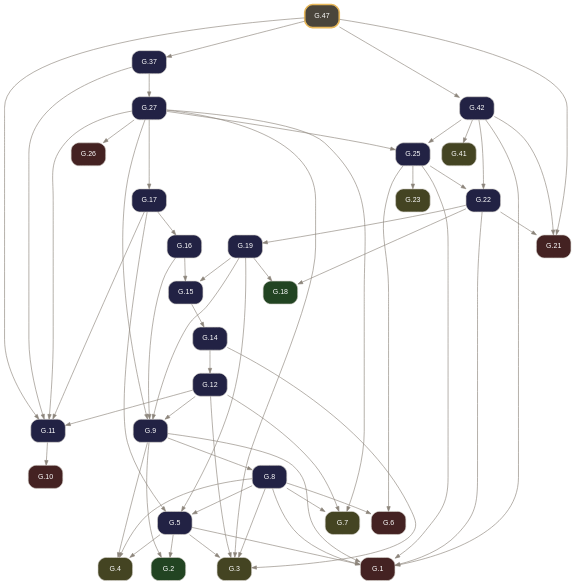
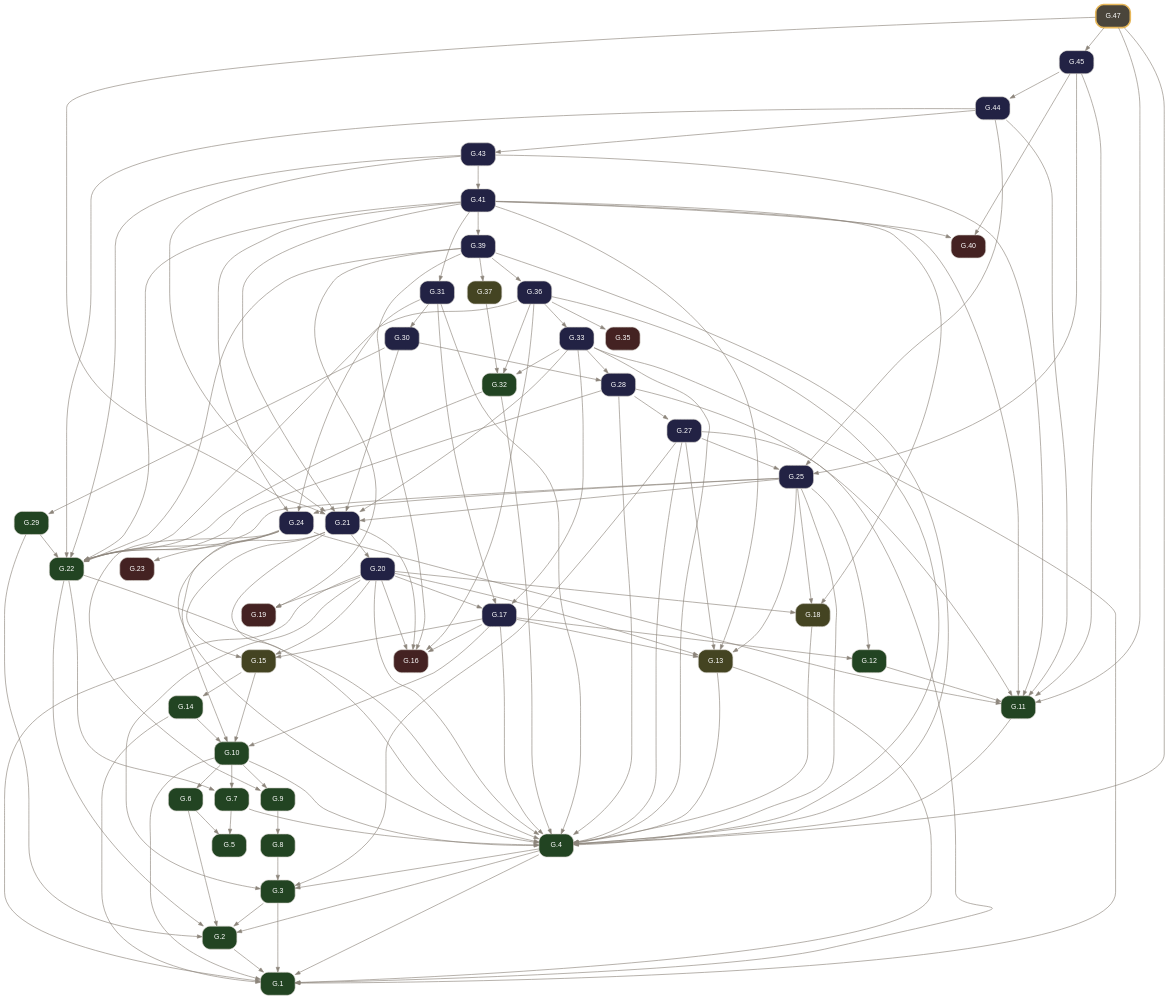
The diagram in docsrc/elements2/G.47/index.rst (geometor/elements), drawn with Graphviz before and after one commit. The commit also changed other lines of this file and 2974 other files, not shown here.

Commit message:
feat(elements2): wire defined terms, short verb titles, coincidence operator, and 2-point circle notation (v0.4.0)

```diff
--- a/docsrc/elements2/G.47/index.rst
+++ b/docsrc/elements2/G.47/index.rst
@@ -115,89 +112,171 @@
      node [shape=box, style="rounded,filled", fontname="Helvetica", fontsize=11, color="#d6d3cd", fontcolor="#ffffff"];
      edge [color="#8c857b", fontcolor="#8c857b", arrowsize=0.75];
      rankdir="TB";
-     "G.1" [label="G.1", tooltip="G.1 (I.cn.1): Things equal to the same thing are equal to one another.", fillcolor="#442222", URL="../G.1/index.html", target="_top"];
-     "G.2" [label="G.2", tooltip="G.2 (I.def.15): A circle is a plane figure contained by one line such that all segments falling upon it from its center are equal.", fillcolor="#224422", URL="../G.2/index.html", target="_top"];
-     "G.3" [label="G.3", tooltip="G.3 (I.post.1): Construct a segment between any two points.", fillcolor="#444422", URL="../G.3/index.html", target="_top"];
-     "G.4" [label="G.4", tooltip="G.4 (I.post.3): Construct a circle with any center and radius.", fillcolor="#444422", URL="../G.4/index.html", target="_top"];
-     "G.5" [label="G.5", tooltip="G.5 (I.1): Construct an equilateral triangle on a given finite segment.", fillcolor="#222244", URL="../G.5/index.html", target="_top"];
-     "G.6" [label="G.6", tooltip="G.6 (I.cn.3): If equals are subtracted from equals, the remainders are equal.", fillcolor="#442222", URL="../G.6/index.html", target="_top"];
-     "G.7" [label="G.7", tooltip="G.7 (I.post.2): Extend a finite segment continuously in a straight line.", fillcolor="#444422", URL="../G.7/index.html", target="_top"];
-     "G.8" [label="G.8", tooltip="G.8 (I.2): Construct at a given point a segment equal to a given segment.", fillcolor="#222244", URL="../G.8/index.html", target="_top"];
-     "G.9" [label="G.9", tooltip="G.9 (I.3): Cut off from the greater of two unequal segments a segment equal to the less.", fillcolor="#222244", URL="../G.9/index.html", target="_top"];
-     "G.10" [label="G.10", tooltip="G.10 (I.cn.4): Things that coincide with one another are equal.", fillcolor="#442222", URL="../G.10/index.html", target="_top"];
-     "G.11" [label="G.11", tooltip="G.11 (I.4): Triangles with two sides and the included angle equal are congruent (SAS).", fillcolor="#222244", URL="../G.11/index.html", target="_top"];
-     "G.12" [label="G.12", tooltip="G.12 (I.5): In an isosceles triangle, the angles at the base are equal, and if the equal sides are extended, the angles under the base are equal.", fillcolor="#222244", URL="../G.12/index.html", target="_top"];
-     "G.14" [label="G.14", tooltip="G.14 (I.7): On the same segment and on the same side, there cannot be constructed two distinct triangles with both pairs of conterminous sides equal.", fillcolor="#222244", URL="../G.14/index.html", target="_top"];
-     "G.15" [label="G.15", tooltip="G.15 (I.8): Triangles with all three corresponding sides equal have their corresponding angles equal (SSS).", fillcolor="#222244", URL="../G.15/index.html", target="_top"];
-     "G.16" [label="G.16", tooltip="G.16 (I.9): Bisect a given angle.", fillcolor="#222244", URL="../G.16/index.html", target="_top"];
-     "G.17" [label="G.17", tooltip="G.17 (I.10): Bisect a given finite segment.", fillcolor="#222244", URL="../G.17/index.html", target="_top"];
-     "G.18" [label="G.18", tooltip="G.18 (I.def.10): When a straight line standing on a straight line makes the adjacent angles equal, each of the equal angles is a right angle, and the standing line is perpendicular to that on which...", fillcolor="#224422", URL="../G.18/index.html", target="_top"];
-     "G.19" [label="G.19", tooltip="G.19 (I.11): Construct a line at right angles to a given line from a given point on it.", fillcolor="#222244", URL="../G.19/index.html", target="_top"];
-     "G.21" [label="G.21", tooltip="G.21 (I.cn.2): If equals are added to equals, the wholes are equal.", fillcolor="#442222", URL="../G.21/index.html", target="_top"];
-     "G.22" [label="G.22", tooltip="G.22 (I.13): A ray standing on a line makes either two right angles or adjacent angles summing to two right angles.", fillcolor="#222244", URL="../G.22/index.html", target="_top"];
-     "G.23" [label="G.23", tooltip="G.23 (I.post.4): All right angles are equal.", fillcolor="#444422", URL="../G.23/index.html", target="_top"];
-     "G.25" [label="G.25", tooltip="G.25 (I.15): Intersecting lines make their vertical angles equal.", fillcolor="#222244", URL="../G.25/index.html", target="_top"];
-     "G.26" [label="G.26", tooltip="G.26 (I.cn.5): The whole is greater than the part.", fillcolor="#442222", URL="../G.26/index.html", target="_top"];
-     "G.27" [label="G.27", tooltip="G.27 (I.16): In any triangle, if one side is extended, the exterior angle is greater than either opposite interior angle.", fillcolor="#222244", URL="../G.27/index.html", target="_top"];
-     "G.37" [label="G.37", tooltip="G.37 (I.26): Triangles with two angles and one corresponding side equal are congruent (ASA / AAS).", fillcolor="#222244", URL="../G.37/index.html", target="_top"];
-     "G.41" [label="G.41", tooltip="G.41 (I.post.5): Two lines intersected by a transversal with interior angles on one side summing to less than two right angles meet on that side.", fillcolor="#444422", URL="../G.41/index.html", target="_top"];
-     "G.42" [label="G.42", tooltip="G.42 (I.29): A transversal cutting parallel lines makes alternate interior angles equal, exterior and opposite interior angles equal, and same-side interior angles supplementary.", fillcolor="#222244", URL="../G.42/index.html", target="_top"];
-     "G.47" [label="G.47", tooltip="G.47 (I.34): In a parallelogram, opposite sides and opposite angles are equal, and the diagonal bisects the area.", penwidth=2.5, color="#e8b85a", fillcolor="#4a453b", URL="index.html", target="_top"];
-     "G.5" -> "G.1";
-     "G.8" -> "G.1";
-     "G.9" -> "G.1";
-     "G.22" -> "G.1";
-     "G.25" -> "G.1";
-     "G.42" -> "G.1";
-     "G.5" -> "G.2";
-     "G.9" -> "G.2";
-     "G.5" -> "G.3";
+     "G.1" [label="G.1", tooltip="G.1 (I.def.1): A point A is that which has no part.", fillcolor="#224422", URL="../G.1/index.html", target="_top"];
+     "G.2" [label="G.2", tooltip="G.2 (I.def.2): A line [ A B ] is a projection of a relationship of two points A, B.", fillcolor="#224422", URL="../G.2/index.html", target="_top"];
+     "G.3" [label="G.3", tooltip="G.3 (I.def.3): The extremities of a segment / A B / are points A, B.", fillcolor="#224422", URL="../G.3/index.html", target="_top"];
+     "G.4" [label="G.4", tooltip="G.4 (I.def.4): A segment / A B / is a portion of a line [ A B ] between two points A, B on the line.", fillcolor="#224422", URL="../G.4/index.html", target="_top"];
+     "G.5" [label="G.5", tooltip="G.5 (I.def.5): A surface is that which has length and breadth only.", fillcolor="#224422", URL="../G.5/index.html", target="_top"];
+     "G.6" [label="G.6", tooltip="G.6 (I.def.6): The extremities of a surface are lines or arcs.", fillcolor="#224422", URL="../G.6/index.html", target="_top"];
+     "G.7" [label="G.7", tooltip="G.7 (I.def.7): A plane surface lies evenly with the lines on itself.", fillcolor="#224422", URL="../G.7/index.html", target="_top"];
+     "G.8" [label="G.8", tooltip="G.8 (I.def.13): A boundary is the extremity of anything.", fillcolor="#224422", URL="../G.8/index.html", target="_top"];
+     "G.9" [label="G.9", tooltip="G.9 (I.def.14): A figure is that which is contained by any boundary or boundaries.", fillcolor="#224422", URL="../G.9/index.html", target="_top"];
+     "G.10" [label="G.10", tooltip="G.10 (I.def.15): A circle ( A B ) is a plane figure contained by one arc defined by a center A and a point B establishing its defining radius / A B /, such that all segments / A B /, / A C /, / A D...", fillcolor="#224422", URL="../G.10/index.html", target="_top"];
+     "G.11" [label="G.11", tooltip="G.11 (I.def.19): Rectilineal figures are contained by segments: trilateral by three, quadrilateral by four, and multilateral by more than four.", fillcolor="#224422", URL="../G.11/index.html", target="_top"];
+     "G.12" [label="G.12", tooltip="G.12 (I.def.20): Of trilateral figures, an equilateral triangle < A B C > has three equal sides, an isosceles triangle < D E F > has two equal sides, and a scalene triangle < G H K > has three uneq...", fillcolor="#224422", URL="../G.12/index.html", target="_top"];
+     "G.13" [label="G.13", tooltip="G.13 (I.post.1): Construct a segment / A B / between any two points A, B.", fillcolor="#444422", URL="../G.13/index.html", target="_top"];
+     "G.14" [label="G.14", tooltip="G.14 (I.def.16): The point A within the circle ( A B ) from which all segments / A B /, / A C / to the arc are equal is called the center of the circle.", fillcolor="#224422", URL="../G.14/index.html", target="_top"];
+     "G.15" [label="G.15", tooltip="G.15 (I.post.3): Construct a circle ( A B ) with center A and defining radius point B.", fillcolor="#444422", URL="../G.15/index.html", target="_top"];
+     "G.16" [label="G.16", tooltip="G.16 (I.cn.1): Things equal to the same thing are equal to one another.", fillcolor="#442222", URL="../G.16/index.html", target="_top"];
+     "G.17" [label="G.17", tooltip="G.17 (I.1): Construct an equilateral triangle on a given segment.", fillcolor="#222244", URL="../G.17/index.html", target="_top"];
+     "G.18" [label="G.18", tooltip="G.18 (I.post.2): Extend a segment / A B / continuously along a line [ A B ] to / B C /.", fillcolor="#444422", URL="../G.18/index.html", target="_top"];
+     "G.19" [label="G.19", tooltip="G.19 (I.cn.3): If equals are subtracted from equals, the remainders are equal.", fillcolor="#442222", URL="../G.19/index.html", target="_top"];
+     "G.20" [label="G.20", tooltip="G.20 (I.2): Construct at a given point a segment equal to a given segment.", fillcolor="#222244", URL="../G.20/index.html", target="_top"];
+     "G.21" [label="G.21", tooltip="G.21 (I.3): Cut off from the greater of two unequal segments a segment equal to the less.", fillcolor="#222244", URL="../G.21/index.html", target="_top"];
+     "G.22" [label="G.22", tooltip="G.22 (I.def.8): A plane angle is the inclination to one another of two lines or arcs in a plane that meet and do not lie on the same line.", fillcolor="#224422", URL="../G.22/index.html", target="_top"];
+     "G.23" [label="G.23", tooltip="G.23 (I.cn.4): Things / A B /, / D E / that coincide with one another are equal to one another.", fillcolor="#442222", URL="../G.23/index.html", target="_top"];
+     "G.24" [label="G.24", tooltip="G.24 (I.4): Triangles with two sides and the included angle equal are congruent (SAS).", fillcolor="#222244", URL="../G.24/index.html", target="_top"];
+     "G.25" [label="G.25", tooltip="G.25 (I.5): In an isosceles triangle, the angles at the base are equal, and if the equal sides are extended, the angles under the base are equal.", fillcolor="#222244", URL="../G.25/index.html", target="_top"];
+     "G.27" [label="G.27", tooltip="G.27 (I.7): On the same segment and on the same side, there cannot be constructed two distinct triangles with both pairs of conterminous sides equal.", fillcolor="#222244", URL="../G.27/index.html", target="_top"];
+     "G.28" [label="G.28", tooltip="G.28 (I.8): Triangles with all three corresponding sides equal have their corresponding angles equal (SSS).", fillcolor="#222244", URL="../G.28/index.html", target="_top"];
+     "G.29" [label="G.29", tooltip="G.29 (I.def.9): A rectilineal angle is contained by two segments or lines.", fillcolor="#224422", URL="../G.29/index.html", target="_top"];
+     "G.30" [label="G.30", tooltip="G.30 (I.9): Bisect a given angle.", fillcolor="#222244", URL="../G.30/index.html", target="_top"];
+     "G.31" [label="G.31", tooltip="G.31 (I.10): Bisect a given segment.", fillcolor="#222244", URL="../G.31/index.html", target="_top"];
+     "G.32" [label="G.32", tooltip="G.32 (I.def.10): When a segment standing on a line makes the adjacent angles equal, each of the equal angles is a right angle, and the standing segment is perpendicular to the line.", fillcolor="#224422", URL="../G.32/index.html", target="_top"];
+     "G.33" [label="G.33", tooltip="G.33 (I.11): Construct a segment at right angles to a given line from a given point on it.", fillcolor="#222244", URL="../G.33/index.html", target="_top"];
+     "G.35" [label="G.35", tooltip="G.35 (I.cn.2): If equals are added to equals, the wholes are equal.", fillcolor="#442222", URL="../G.35/index.html", target="_top"];
+     "G.36" [label="G.36", tooltip="G.36 (I.13): A segment standing on a line makes either two right angles or adjacent angles summing to two right angles.", fillcolor="#222244", URL="../G.36/index.html", target="_top"];
+     "G.37" [label="G.37", tooltip="G.37 (I.post.4): All right angles are equal.", fillcolor="#444422", URL="../G.37/index.html", target="_top"];
+     "G.39" [label="G.39", tooltip="G.39 (I.15): Intersecting lines make their vertical angles equal.", fillcolor="#222244", URL="../G.39/index.html", target="_top"];
+     "G.40" [label="G.40", tooltip="G.40 (I.cn.5): The whole is greater than the part.", fillcolor="#442222", URL="../G.40/index.html", target="_top"];
+     "G.41" [label="G.41", tooltip="G.41 (I.16): In any triangle, if one side is extended, the exterior angle is greater than either opposite interior angle.", fillcolor="#222244", URL="../G.41/index.html", target="_top"];
+     "G.43" [label="G.43", tooltip="G.43 (I.18): In any triangle, the greater side subtends the greater angle.", fillcolor="#222244", URL="../G.43/index.html", target="_top"];
+     "G.44" [label="G.44", tooltip="G.44 (I.19): In any triangle, the greater angle is subtended by the greater side.", fillcolor="#222244", URL="../G.44/index.html", target="_top"];
+     "G.45" [label="G.45", tooltip="G.45 (I.20): In any triangle, the sum of any two sides is greater than the remaining side.", fillcolor="#222244", URL="../G.45/index.html", target="_top"];
+     "G.47" [label="G.47", tooltip="G.47 (I.22): Construct a triangle from three segments equal to three given segments satisfying the triangle inequality.", penwidth=2.5, color="#e8b85a", fillcolor="#4a453b", URL="index.html", target="_top"];
+     "G.2" -> "G.1";
+     "G.3" -> "G.1";
+     "G.4" -> "G.1";
+     "G.10" -> "G.1";
+     "G.13" -> "G.1";
+     "G.14" -> "G.1";
+     "G.20" -> "G.1";
+     "G.27" -> "G.1";
+     "G.33" -> "G.1";
+     "G.3" -> "G.2";
+     "G.4" -> "G.2";
+     "G.6" -> "G.2";
+     "G.22" -> "G.2";
+     "G.29" -> "G.2";
+     "G.4" -> "G.3";
      "G.8" -> "G.3";
-     "G.12" -> "G.3";
-     "G.14" -> "G.3";
+     "G.20" -> "G.3";
      "G.27" -> "G.3";
-     "G.5" -> "G.4";
-     "G.8" -> "G.4";
-     "G.9" -> "G.4";
-     "G.8" -> "G.5";
-     "G.17" -> "G.5";
-     "G.19" -> "G.5";
-     "G.8" -> "G.6";
-     "G.25" -> "G.6";
-     "G.8" -> "G.7";
-     "G.12" -> "G.7";
-     "G.27" -> "G.7";
+     "G.7" -> "G.4";
+     "G.10" -> "G.4";
+     "G.11" -> "G.4";
+     "G.13" -> "G.4";
+     "G.17" -> "G.4";
+     "G.18" -> "G.4";
+     "G.20" -> "G.4";
+     "G.21" -> "G.4";
+     "G.22" -> "G.4";
+     "G.24" -> "G.4";
+     "G.25" -> "G.4";
+     "G.27" -> "G.4";
+     "G.28" -> "G.4";
+     "G.31" -> "G.4";
+     "G.32" -> "G.4";
+     "G.33" -> "G.4";
+     "G.36" -> "G.4";
+     "G.39" -> "G.4";
+     "G.47" -> "G.4";
+     "G.6" -> "G.5";
+     "G.7" -> "G.5";
+     "G.10" -> "G.6";
+     "G.10" -> "G.7";
+     "G.22" -> "G.7";
      "G.9" -> "G.8";
-     "G.12" -> "G.9";
-     "G.16" -> "G.9";
-     "G.19" -> "G.9";
-     "G.27" -> "G.9";
-     "G.11" -> "G.10";
+     "G.10" -> "G.9";
+     "G.24" -> "G.9";
+     "G.14" -> "G.10";
+     "G.15" -> "G.10";
+     "G.17" -> "G.10";
+     "G.21" -> "G.10";
      "G.12" -> "G.11";
-     "G.17" -> "G.11";
-     "G.27" -> "G.11";
-     "G.37" -> "G.11";
+     "G.24" -> "G.11";
+     "G.28" -> "G.11";
+     "G.41" -> "G.11";
+     "G.43" -> "G.11";
+     "G.44" -> "G.11";
+     "G.45" -> "G.11";
      "G.47" -> "G.11";
-     "G.14" -> "G.12";
+     "G.17" -> "G.12";
+     "G.25" -> "G.12";
+     "G.17" -> "G.13";
+     "G.20" -> "G.13";
+     "G.25" -> "G.13";
+     "G.27" -> "G.13";
+     "G.41" -> "G.13";
      "G.15" -> "G.14";
-     "G.16" -> "G.15";
-     "G.19" -> "G.15";
+     "G.17" -> "G.15";
+     "G.20" -> "G.15";
+     "G.21" -> "G.15";
      "G.17" -> "G.16";
-     "G.27" -> "G.17";
-     "G.19" -> "G.18";
-     "G.22" -> "G.18";
-     "G.22" -> "G.19";
-     "G.22" -> "G.21";
-     "G.42" -> "G.21";
+     "G.20" -> "G.16";
+     "G.21" -> "G.16";
+     "G.36" -> "G.16";
+     "G.39" -> "G.16";
+     "G.20" -> "G.17";
+     "G.31" -> "G.17";
+     "G.33" -> "G.17";
+     "G.20" -> "G.18";
+     "G.25" -> "G.18";
+     "G.41" -> "G.18";
+     "G.20" -> "G.19";
+     "G.39" -> "G.19";
+     "G.21" -> "G.20";
+     "G.25" -> "G.21";
+     "G.30" -> "G.21";
+     "G.33" -> "G.21";
+     "G.41" -> "G.21";
+     "G.43" -> "G.21";
      "G.47" -> "G.21";
+     "G.24" -> "G.22";
      "G.25" -> "G.22";
-     "G.42" -> "G.22";
-     "G.25" -> "G.23";
+     "G.28" -> "G.22";
+     "G.29" -> "G.22";
+     "G.32" -> "G.22";
+     "G.36" -> "G.22";
+     "G.39" -> "G.22";
+     "G.41" -> "G.22";
+     "G.43" -> "G.22";
+     "G.44" -> "G.22";
+     "G.24" -> "G.23";
+     "G.25" -> "G.24";
+     "G.31" -> "G.24";
+     "G.41" -> "G.24";
      "G.27" -> "G.25";
-     "G.42" -> "G.25";
-     "G.27" -> "G.26";
-     "G.37" -> "G.27";
-     "G.47" -> "G.37";
-     "G.42" -> "G.41";
-     "G.47" -> "G.42";
+     "G.44" -> "G.25";
+     "G.45" -> "G.25";
+     "G.28" -> "G.27";
+     "G.30" -> "G.28";
+     "G.33" -> "G.28";
+     "G.30" -> "G.29";
+     "G.31" -> "G.30";
+     "G.41" -> "G.31";
+     "G.33" -> "G.32";
+     "G.36" -> "G.32";
+     "G.37" -> "G.32";
+     "G.36" -> "G.33";
+     "G.36" -> "G.35";
+     "G.39" -> "G.36";
+     "G.39" -> "G.37";
+     "G.41" -> "G.39";
+     "G.41" -> "G.40";
+     "G.45" -> "G.40";
+     "G.43" -> "G.41";
+     "G.44" -> "G.43";
+     "G.45" -> "G.44";
+     "G.47" -> "G.45";
    }
```
